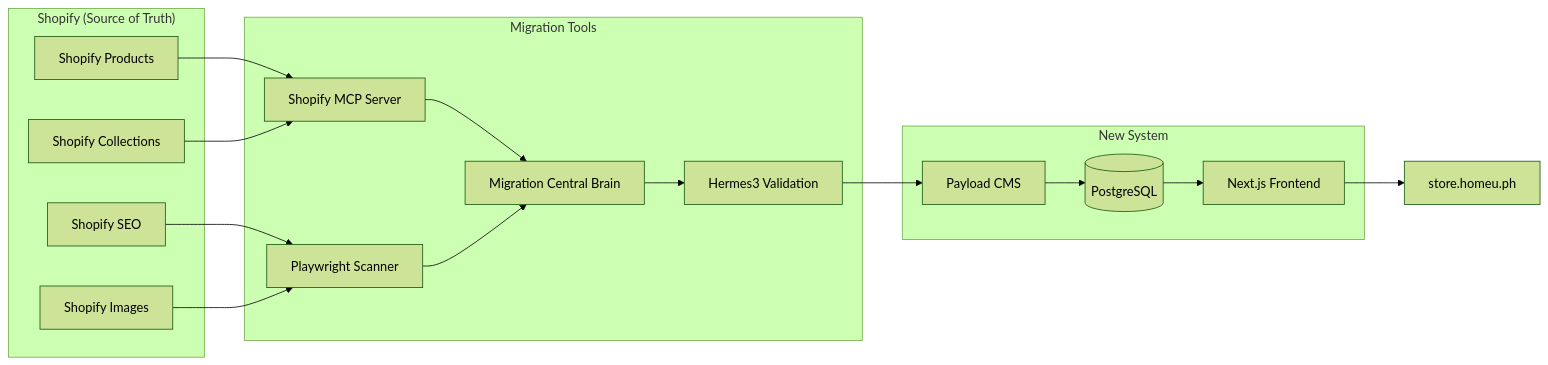
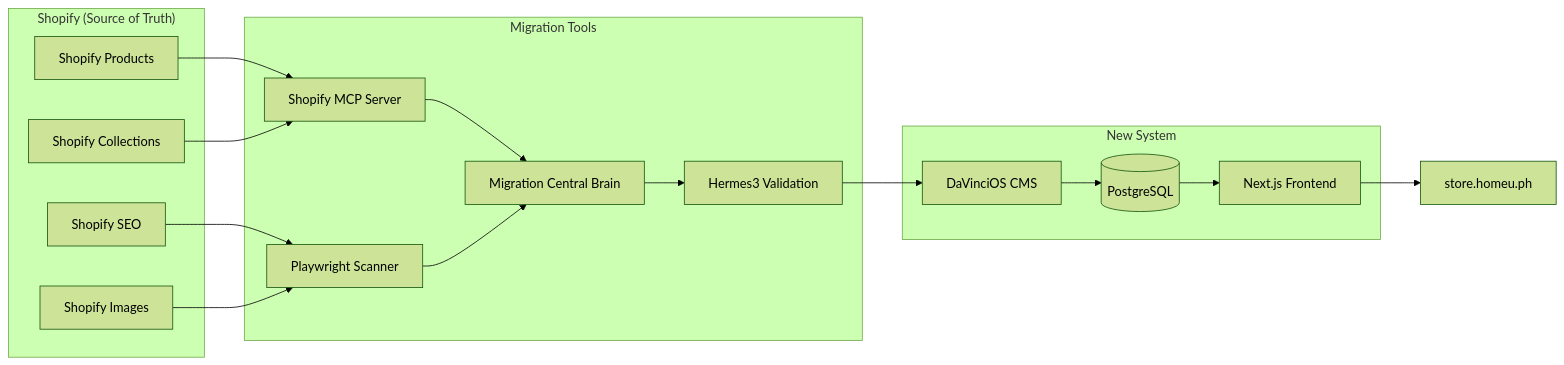
Before and after one commit to jpgyap-sudo/homeu-commerce: the seventh of 9 diagrams in docs/WORKFLOW_DIAGRAM.md, drawn with Mermaid (forest theme). The commit also changed other lines of this file and 120 other files, not shown here.

````diff
--- a/docs/WORKFLOW_DIAGRAM.md
+++ b/docs/WORKFLOW_DIAGRAM.md
@@ -149,31 +149,31 @@
 ```mermaid
 flowchart LR
     subgraph "Shopify (Source of Truth)"
         SP[Shopify Products]
         SC[Shopify Collections]
         SI[Shopify Images]
         SS[Shopify SEO]
     end
     subgraph "Migration Tools"
         MCP[Shopify MCP Server]
         PW[Playwright Scanner]
         CB[Migration Central Brain]
         H3[Hermes3 Validation]
     end
     subgraph "New System"
-        PC[Payload CMS]
+        PC[DaVinciOS CMS]
         NF[Next.js Frontend]
         PG[(PostgreSQL)]
     end
     SP --> MCP
     SC --> MCP
     SS --> PW
     SI --> PW
     MCP --> CB
     PW --> CB
     CB --> H3
     H3 --> PC
     PC --> PG
     PG --> NF
     NF --> store.homeu.ph
 ```
````
